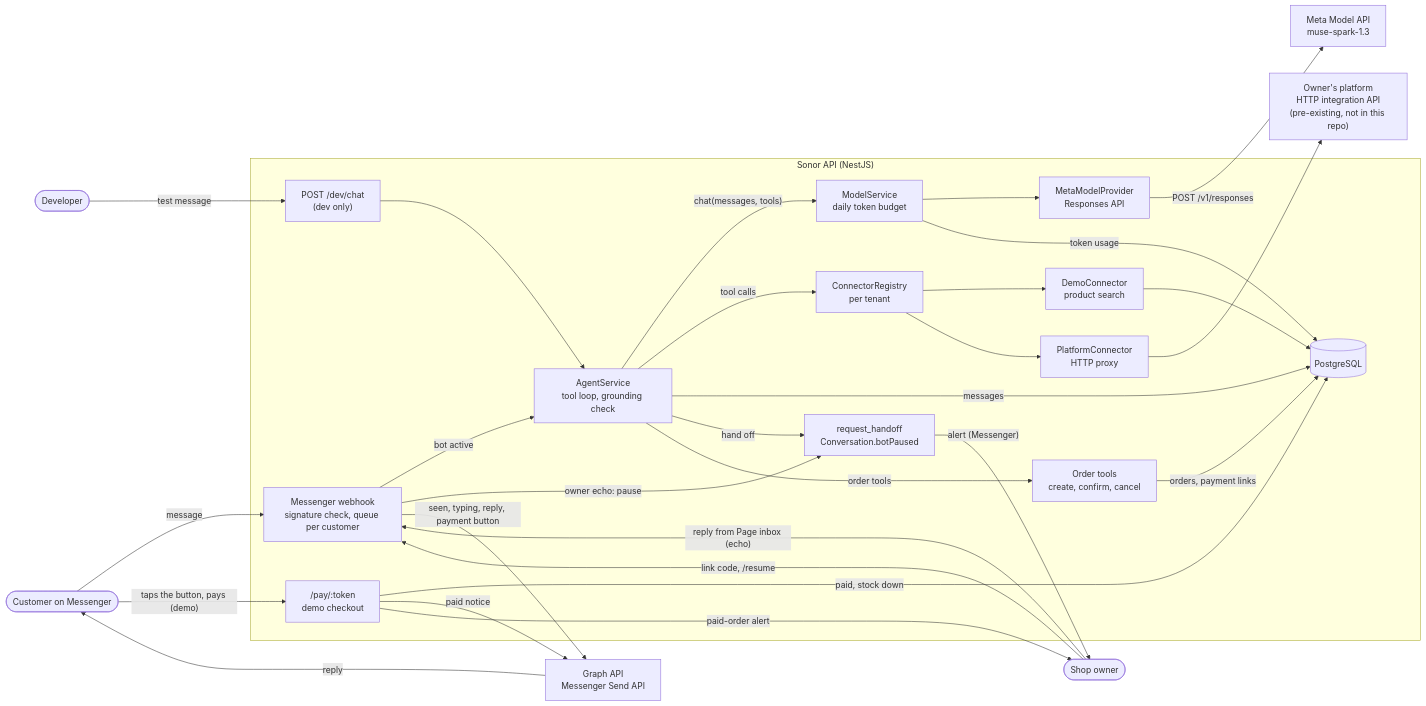
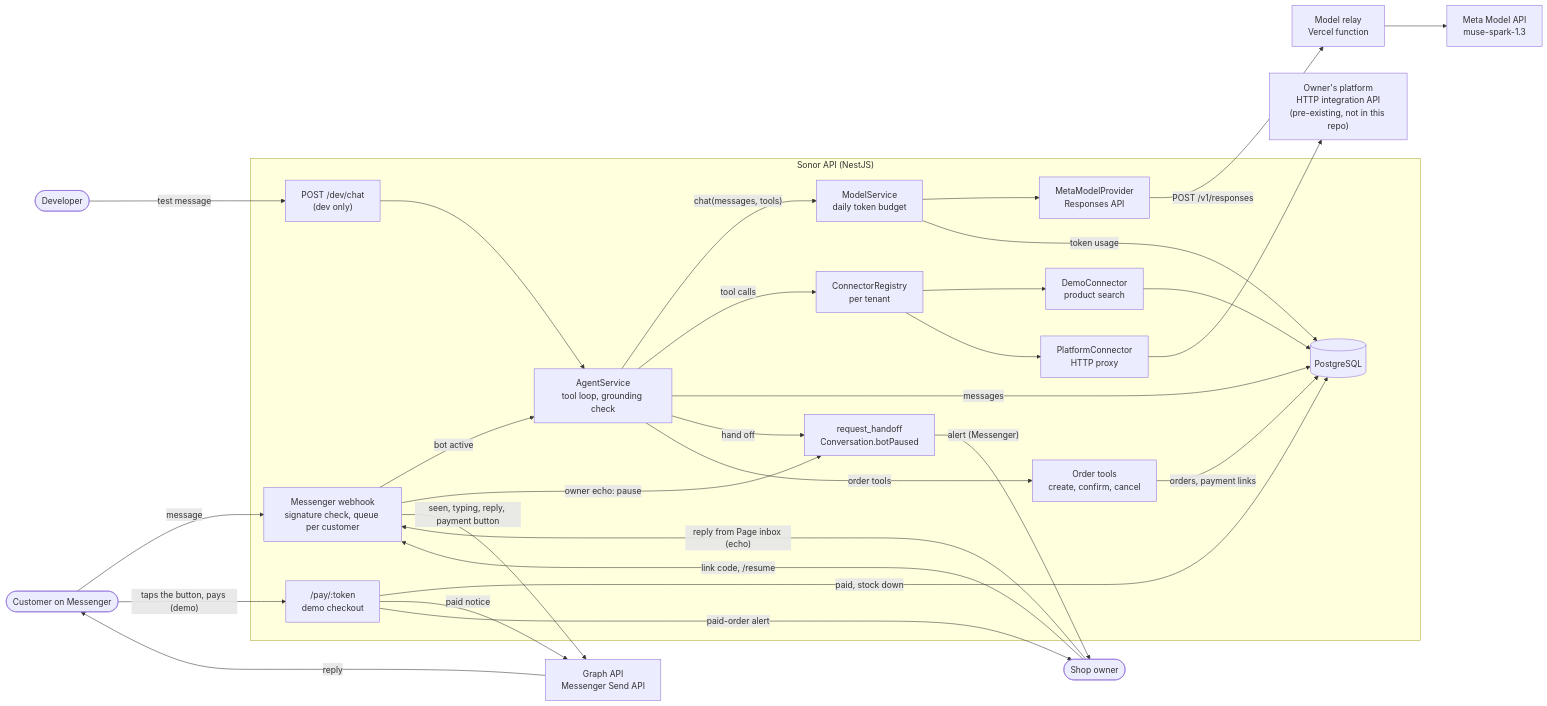
One commit to turbold24/sonor changed the diagram in README.md. Above: the diagram before and after it, drawn with Mermaid. The commit also changed other lines of this file and 1 other file, not shown here.

First line of the commit message:
docs: document the model relay and the bot disclosure

````diff
--- a/README.md
+++ b/README.md
@@ -66,52 +66,53 @@
 ```mermaid
 flowchart LR
     customer(["Customer on Messenger"])
     developer(["Developer"])
     owner(["Shop owner"])
     meta["Meta Model API<br/>muse-spark-1.3"]
     graphApi["Graph API<br/>Messenger Send API"]
     platformApi["Owner's platform<br/>HTTP integration API<br/>(pre-existing, not in this repo)"]
 
     subgraph sonor ["Sonor API (NestJS)"]
         webhook["Messenger webhook<br/>signature check, queue per customer"]
         devchat["POST /dev/chat<br/>(dev only)"]
         agent["AgentService<br/>tool loop, grounding check"]
         model["ModelService<br/>daily token budget"]
         provider["MetaModelProvider<br/>Responses API"]
         connectors["ConnectorRegistry<br/>per tenant"]
         demo["DemoConnector<br/>product search"]
         platform["PlatformConnector<br/>HTTP proxy"]
         handoff["request_handoff<br/>Conversation.botPaused"]
         orders["Order tools<br/>create, confirm, cancel"]
         checkout["/pay/:token<br/>demo checkout"]
         db[("PostgreSQL")]
     end
 
     customer -->|message| webhook
     owner -->|"reply from Page inbox (echo)"| webhook
     webhook -->|bot active| agent
     webhook -->|"owner echo: pause"| handoff
     developer -->|test message| devchat
     devchat --> agent
     agent -->|"chat(messages, tools)"| model
     model --> provider
-    provider -->|"POST /v1/responses"| meta
+    provider -->|"POST /v1/responses"| relay["Model relay<br/>Vercel function"]
+    relay --> meta
     agent -->|tool calls| connectors
     connectors --> demo
     connectors --> platform
     demo --> db
     platform --> platformApi
     model -->|token usage| db
     agent -->|messages| db
     agent -->|hand off| handoff
     handoff -->|"alert (Messenger)"| owner
     agent -->|order tools| orders
     orders -->|"orders, payment links"| db
     webhook -->|"seen, typing, reply, payment button"| graphApi
     graphApi -->|reply| customer
     customer -->|"taps the button, pays (demo)"| checkout
     checkout -->|"paid, stock down"| db
     checkout -->|"paid notice"| graphApi
     checkout -->|"paid-order alert"| owner
     owner -->|"link code, /resume"| webhook
 ```
````
